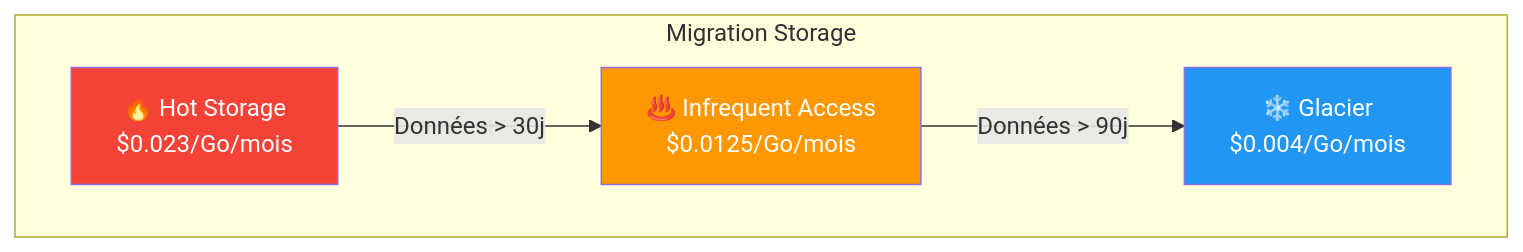
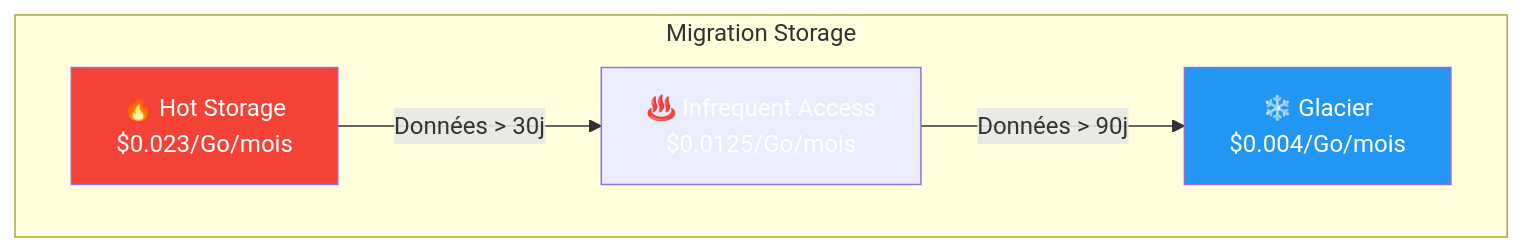
The eighth of 9 diagrams in docs/formations/cloud-fundamentals/06-module.md (VBlackJack/ShellBook), drawn with Mermaid before and after one commit. The commit also changed other lines of this file and 337 other files, not shown here.

First line of the commit message:
refactor(docs): Standardize code blocks and Mermaid colors

````diff
--- a/docs/formations/cloud-fundamentals/06-module.md
+++ b/docs/formations/cloud-fundamentals/06-module.md
@@ -263,15 +263,15 @@
 ```mermaid
 graph TB
     subgraph "Migration Storage"
         HOT["🔥 Hot Storage<br/>$0.023/Go/mois"]
         WARM["♨️ Infrequent Access<br/>$0.0125/Go/mois"]
         COLD["❄️ Glacier<br/>$0.004/Go/mois"]
     end
 
     HOT -->|"Données > 30j"| WARM
     WARM -->|"Données > 90j"| COLD
 
     style HOT fill:#f44336,color:#fff
-    style WARM fill:#ff9800,color:#fff
+    style WARM fill:#FF9800800800,color:#fff
     style COLD fill:#2196f3,color:#fff
 ```
````
